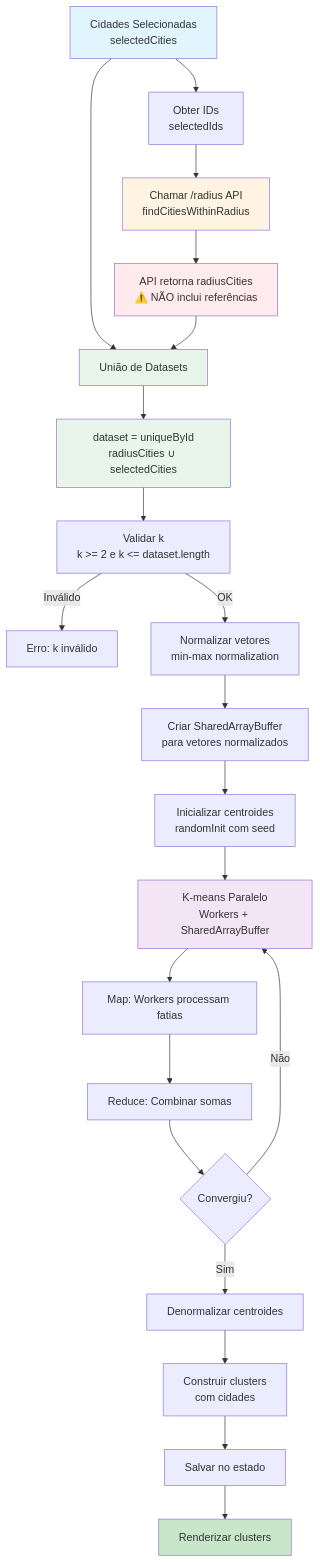
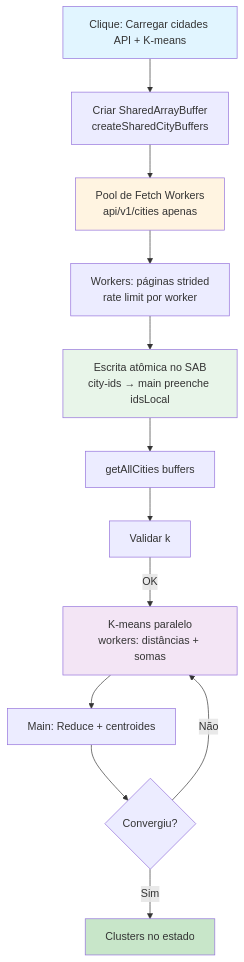
One commit to joserobertomi-itab/paradigmas changed the fifth of 6 diagrams in geodb-kmeans/README.md. Above: the diagram before and after it, drawn with Mermaid. The commit also changed other lines of this file and 12 other files, not shown here.

First line of the commit message:
Enhance K-means functionality and API integration

````diff
--- a/geodb-kmeans/README.md
+++ b/geodb-kmeans/README.md
@@ -639,36 +647,20 @@
 ```mermaid
 graph TD
-    A[Cidades Selecionadas<br/>selectedCities] --> B[Obter IDs<br/>selectedIds]
-    B --> C[Chamar /radius API<br/>findCitiesWithinRadius]
-    C --> D[API retorna radiusCities<br/>⚠️ NÃO inclui referências]
-    
-    A --> E[União de Datasets]
-    D --> E
-    E --> F[dataset = uniqueById<br/>radiusCities ∪ selectedCities]
-    
-    F --> G[Validar k<br/>k >= 2 e k <= dataset.length]
-    G -->|Inválido| H[Erro: k inválido]
-    G -->|OK| I[Normalizar vetores<br/>min-max normalization]
-    
-    I --> J[Criar SharedArrayBuffer<br/>para vetores normalizados]
-    J --> K[Inicializar centroides<br/>randomInit com seed]
-    
-    K --> L[K-means Paralelo<br/>Workers + SharedArrayBuffer]
-    L --> M[Map: Workers processam fatias]
-    M --> N[Reduce: Combinar somas]
-    N --> O{Convergiu?}
-    
-    O -->|Não| L
-    O -->|Sim| P[Denormalizar centroides]
-    P --> Q[Construir clusters<br/>com cidades]
-    Q --> R[Salvar no estado]
-    R --> S[Renderizar clusters]
+    A[Clique: Carregar cidades API + K-means] --> B[Criar SharedArrayBuffer<br/>createSharedCityBuffers]
+    B --> C[Pool de Fetch Workers<br/>api/v1/cities apenas]
+    C --> D[Workers: páginas strided<br/>rate limit por worker]
+    D --> E[Escrita atômica no SAB<br/>city-ids → main preenche idsLocal]
+    E --> F[getAllCities buffers]
+    F --> G[Validar k]
+    G -->|OK| H[K-means paralelo<br/>workers: distâncias + somas]
+    H --> I[Main: Reduce + centroides]
+    I --> J{Convergiu?}
+    J -->|Não| H
+    J -->|Sim| K[Clusters no estado]
     
     style A fill:#e1f5ff
     style C fill:#fff4e1
-    style D fill:#ffebee
     style E fill:#e8f5e9
-    style F fill:#e8f5e9
-    style L fill:#f3e5f5
-    style S fill:#c8e6c9
+    style H fill:#f3e5f5
+    style K fill:#c8e6c9
 ```
````
